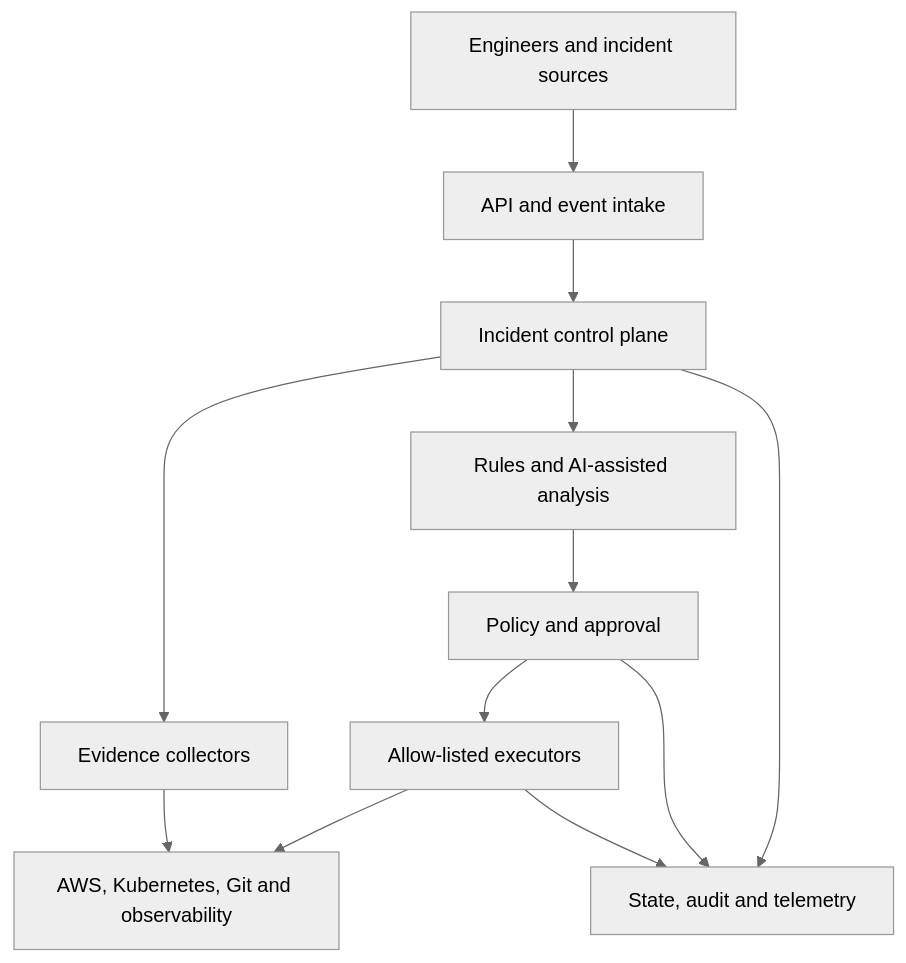
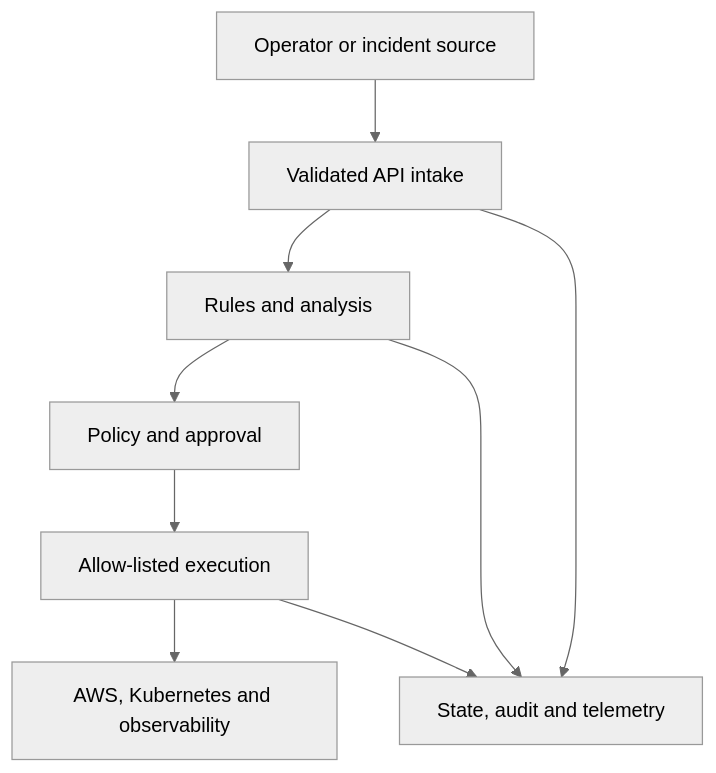
Before and after one commit to standardforever/ops_pilot: the diagram in README.md, drawn with Mermaid (neutral theme). The commit also changed other lines of this file and 4 other files, not shown here.

````diff
--- a/README.md
+++ b/README.md
@@ -41,14 +103,11 @@
 ```mermaid
 flowchart TD
-    Sources["Engineers and incident sources"] --> Intake["API and event intake"]
-    Intake --> Control["Incident control plane"]
-    Control --> Evidence["Evidence collectors"]
-    Evidence --> Platforms["AWS, Kubernetes, Git and observability"]
-    Control --> Analysis["Rules and AI-assisted analysis"]
+    Client["Operator or incident source"] --> API["Validated API intake"]
+    API --> Analysis["Rules and analysis"]
     Analysis --> Policy["Policy and approval"]
-    Policy --> Execution["Allow-listed executors"]
-    Execution --> Platforms
-    Control --> Audit["State, audit and telemetry"]
-    Policy --> Audit
+    Policy --> Execution["Allow-listed execution"]
+    API --> Audit["State, audit and telemetry"]
+    Analysis --> Audit
+    Execution --> Platforms["AWS, Kubernetes and observability"]
     Execution --> Audit
 ```
````
